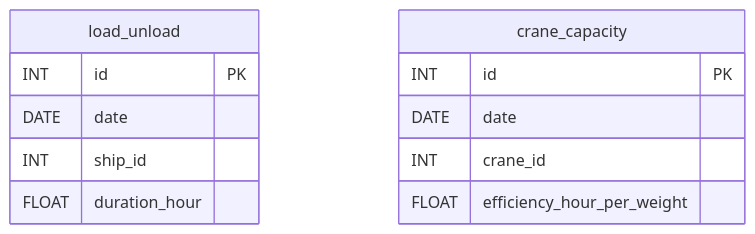
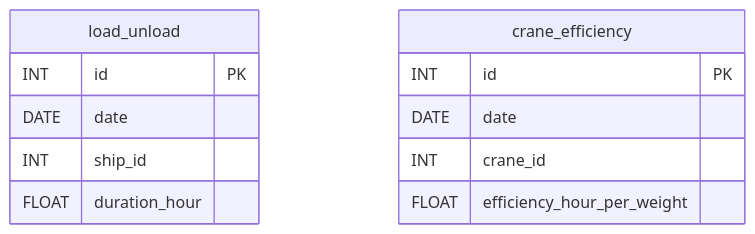
The diagram in 1/erd.mmd (aldidoanta/ilcs-case-study), drawn with Mermaid before and after one commit. The commit also changed 3 other files, not shown here.

```diff
--- a/1/erd.mmd
+++ b/1/erd.mmd
@@ -1,13 +1,13 @@
 erDiagram
     load_unload {
         INT id PK
         DATE date
         INT ship_id
         FLOAT duration_hour
     }
-    crane_capacity {
+    crane_efficiency {
         INT id PK
         DATE date
         INT crane_id
         FLOAT efficiency_hour_per_weight
     }
```
